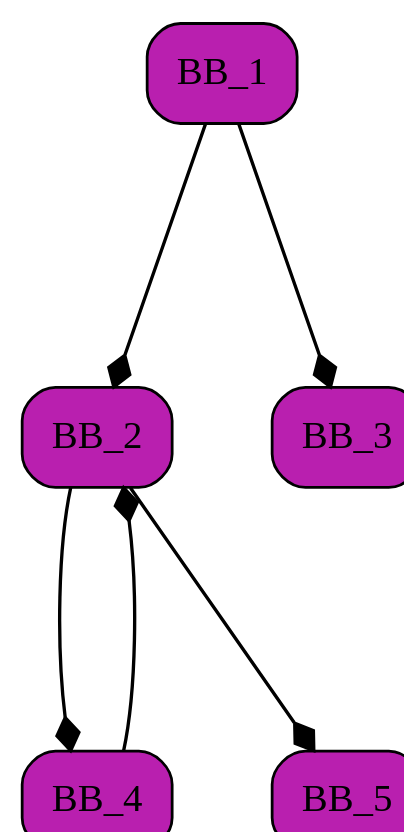
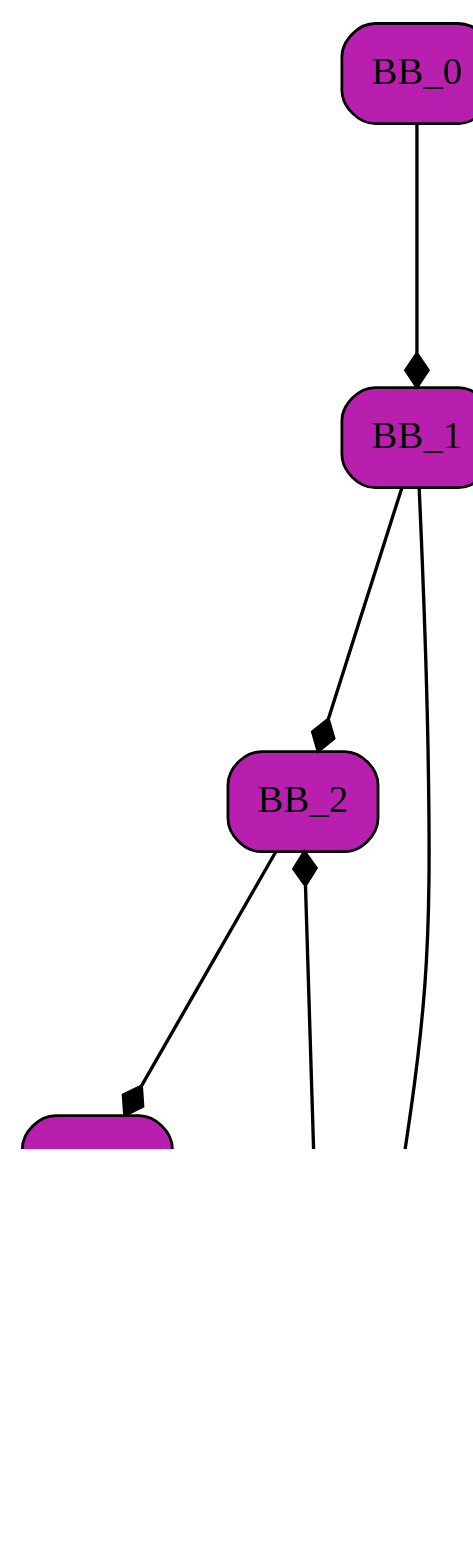
One commit to VictorBerbenets/dominance-frontiers changed the diagram in data/images/loop-graph.dot. Above: the diagram before and after it, drawn with Graphviz. The commit also changed 15 other files, not shown here.

```diff
--- a/data/images/loop-graph.dot
+++ b/data/images/loop-graph.dot
@@ -1,18 +1,19 @@
 digraph List {
 	dpi = 100;
 	fontname = "Comic Sans MS";
 	fontsize = 20;
 	rankdir  = TB;
 graph [fillcolor = lightgreen, ranksep = 1.3, nodesep = 0.5,style = "rounded", color = green, penwidth = 2];
 edge [color = black, arrowhead = diamond, arrowsize = 1, penwidth = 1.2];
+BB_0[shape = Mrecord, style = filled,fillcolor = "#B91FAF"];
+BB_0 -> BB_1;
 BB_1[shape = Mrecord, style = filled,fillcolor = "#B91FAF"];
 BB_1 -> BB_2;
 BB_1 -> BB_3;
 BB_2[shape = Mrecord, style = filled,fillcolor = "#B91FAF"];
 BB_2 -> BB_4;
-BB_2 -> BB_5;
 BB_3[shape = Mrecord, style = filled,fillcolor = "#B91FAF"];
+BB_3 -> BB_2;
 BB_4[shape = Mrecord, style = filled,fillcolor = "#B91FAF"];
-BB_4 -> BB_2;
-BB_5[shape = Mrecord, style = filled,fillcolor = "#B91FAF"];
+BB_4 -> BB_3;
 }
```
